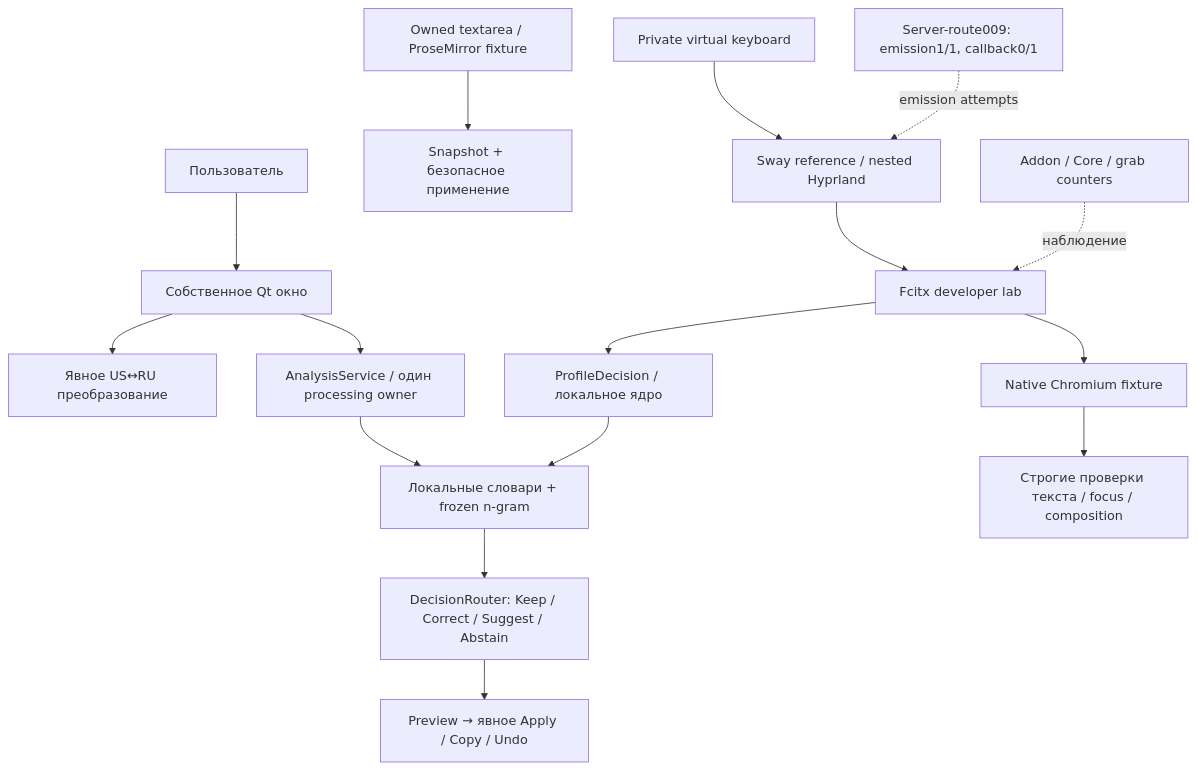
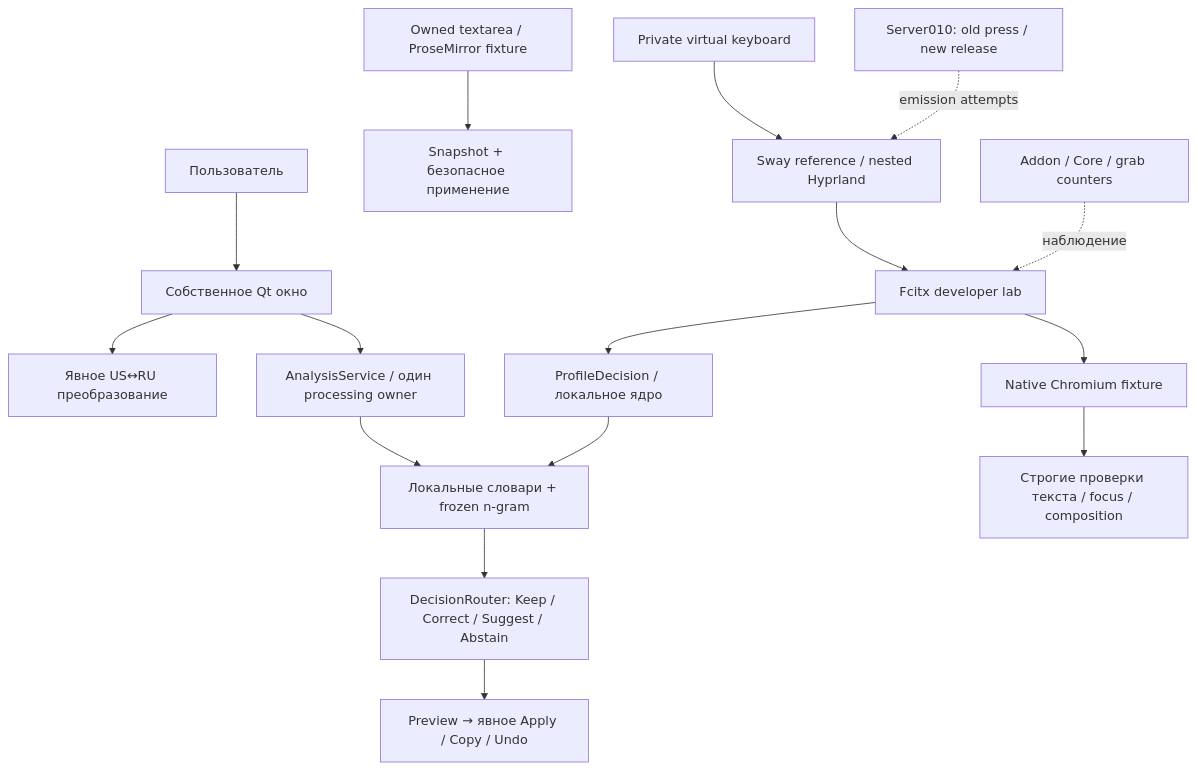
One commit to TebTengri/rasklad changed the diagram in docs/PROJECT-MAP.md. Above: the diagram before and after it, drawn with Mermaid. The commit also changed other lines of this file and 20 other files, not shown here.

````diff
--- a/docs/PROJECT-MAP.md
+++ b/docs/PROJECT-MAP.md
@@ -11,18 +11,18 @@
 ```mermaid
 flowchart TD
   User[Пользователь] --> UI[Собственное Qt окно]
   UI --> Convert[Явное US↔RU преобразование]
   UI --> Worker[AnalysisService / один processing owner]
   Worker --> Evidence[Локальные словари + frozen n-gram]
   Evidence --> Router[DecisionRouter: Keep / Correct / Suggest / Abstain]
   Router --> Preview[Preview → явное Apply / Copy / Undo]
   Browser[Owned textarea / ProseMirror fixture] --> Boundary[Snapshot + безопасное применение]
   Fcitx[Fcitx developer lab] --> Profile[ProfileDecision / локальное ядро]
   Profile --> Evidence
   VK[Private virtual keyboard] --> Compositor[Sway reference / nested Hyprland]
   Compositor --> Fcitx
   Fcitx --> Chromium[Native Chromium fixture]
   Chromium --> Oracle[Строгие проверки текста / focus / composition]
   AddonDiag[Addon / Core / grab counters] -. наблюдение .-> Fcitx
-  ServerDiag[Server-route009: emission1/1, callback0/1] -. emission attempts .-> Compositor
+  ServerDiag[Server010: old press / new release] -. emission attempts .-> Compositor
 ```
````
